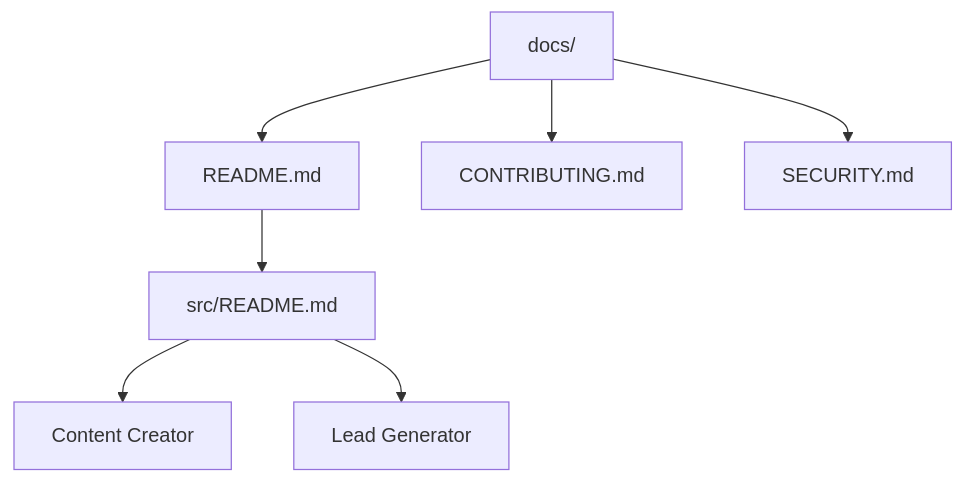
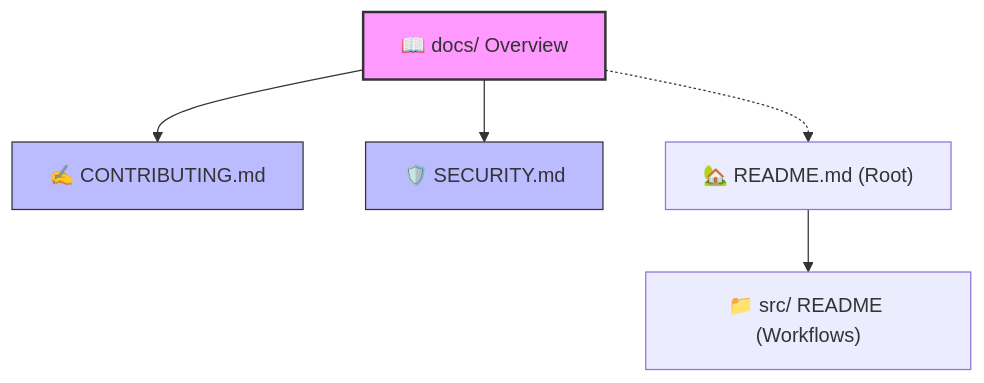
Before and after one commit to beydah/N8N-AI-Agent: the diagram in docs/README.md, drawn with Mermaid. The commit also changed other lines of this file and 8 other files, not shown here.

````diff
--- a/docs/README.md
+++ b/docs/README.md
@@ -9,9 +19,11 @@
 ```mermaid
 graph TD
-    Docs["docs/"] --> Overview["README.md"]
-    Docs --> Contributing["CONTRIBUTING.md"]
-    Docs --> Security["SECURITY.md"]
-    Overview --> Source["src/README.md"]
-    Source --> Content["Content Creator"]
-    Source --> Leads["Lead Generator"]
+    Docs["📖 docs/ Overview"] --> Contributing["✍️ CONTRIBUTING.md"]
+    Docs --> Security["🛡️ SECURITY.md"]
+    Docs -.-> RootReadme["🏡 README.md (Root)"]
+    RootReadme --> SourceReadme["📁 src/ README (Workflows)"]
+
+    style Docs fill:#f9f,stroke:#333,stroke-width:2px
+    style Contributing fill:#bbf,stroke:#333,stroke-width:1px
+    style Security fill:#bbf,stroke:#333,stroke-width:1px
 ```
````
